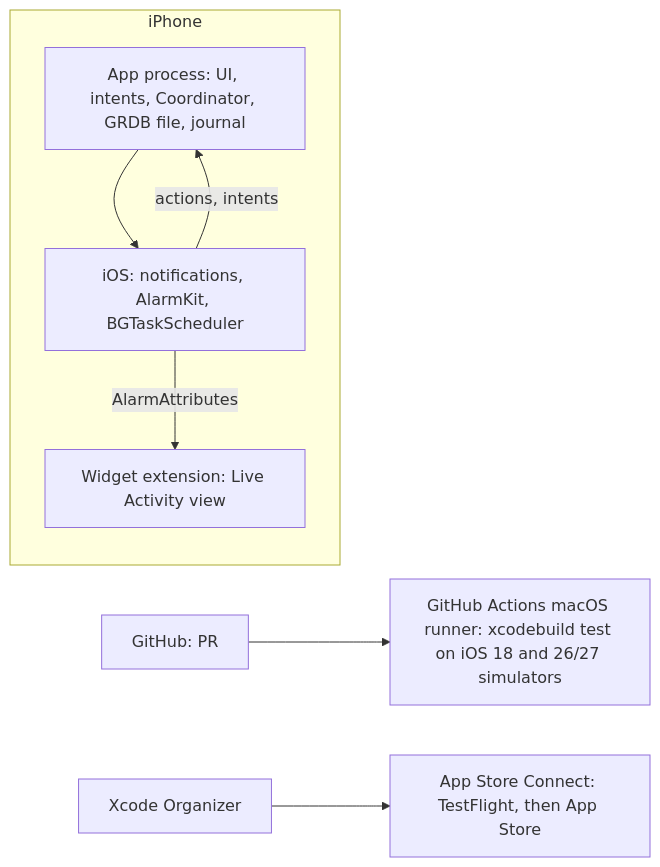
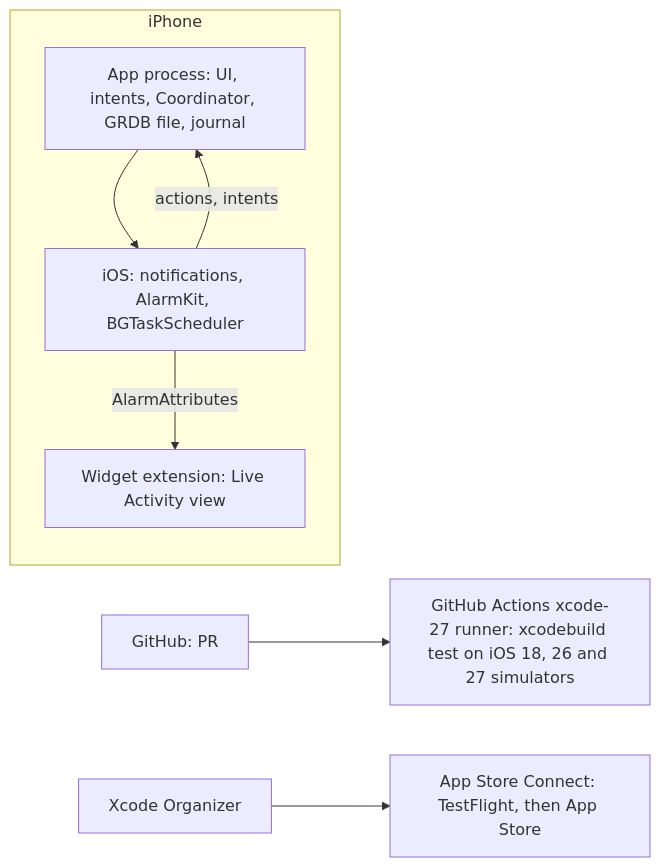
The fourth of 4 diagrams in docs/architecture/ARCHITECTURE-SPINE.md (New-Reality-Interactive/nudge-inator), drawn with Mermaid before and after one commit. The commit also changed other lines of this file and 1 other file, not shown here.

First line of the commit message:
Pin CI's runner and runtimes; test the spike on a TestFlight build

````diff
--- a/docs/architecture/ARCHITECTURE-SPINE.md
+++ b/docs/architecture/ARCHITECTURE-SPINE.md
@@ -378,13 +378,13 @@
 ```mermaid
 graph LR
   subgraph Device[iPhone]
     AppP[App process: UI, intents, Coordinator, GRDB file, journal]
     WidgetP[Widget extension: Live Activity view]
     Sys[iOS: notifications, AlarmKit, BGTaskScheduler]
   end
   AppP --> Sys
   Sys -- actions, intents --> AppP
   Sys -- AlarmAttributes --> WidgetP
-  Dev[GitHub: PR] --> CI[GitHub Actions macOS runner: xcodebuild test on iOS 18 and 26/27 simulators]
+  Dev[GitHub: PR] --> CI[GitHub Actions xcode-27 runner: xcodebuild test on iOS 18, 26 and 27 simulators]
   Mac[Xcode Organizer] --> ASC[App Store Connect: TestFlight, then App Store]
 ```
````
